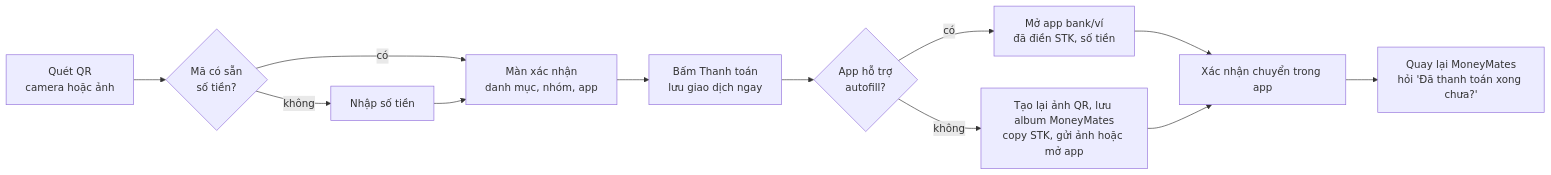
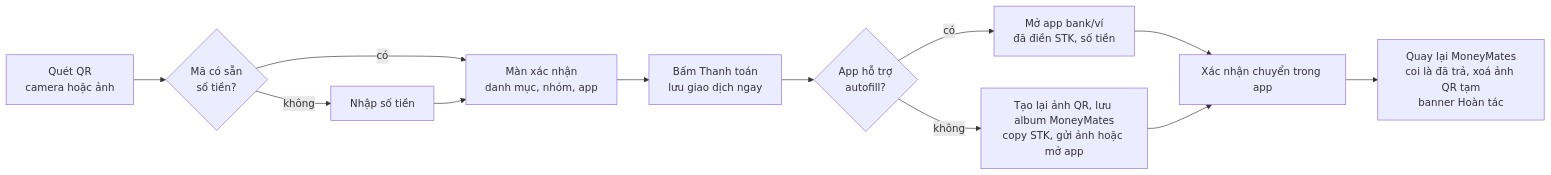
The diagram in docs/plan-chuc-nang-giao-dien.md (minhhoang2608/moneymates), drawn with Mermaid before and after one commit. The commit also changed other lines of this file and 1 other file, not shown here.

````diff
--- a/docs/plan-chuc-nang-giao-dien.md
+++ b/docs/plan-chuc-nang-giao-dien.md
@@ -51,13 +52,13 @@
 ```mermaid
 flowchart LR
     A[Quét QR<br/>camera hoặc ảnh] --> B{Mã có sẵn<br/>số tiền?}
     B -- có --> C[Màn xác nhận<br/>danh mục, nhóm, app]
     B -- không --> D[Nhập số tiền] --> C
     C --> E[Bấm Thanh toán<br/>lưu giao dịch ngay]
     E --> F{App hỗ trợ<br/>autofill?}
     F -- có --> G[Mở app bank/ví<br/>đã điền STK, số tiền]
     F -- không --> H[Tạo lại ảnh QR, lưu album MoneyMates<br/>copy STK, gửi ảnh hoặc mở app]
     G --> I[Xác nhận chuyển trong app]
     H --> I
-    I --> J[Quay lại MoneyMates<br/>hỏi 'Đã thanh toán xong chưa?']
+    I --> J[Quay lại MoneyMates<br/>coi là đã trả, xoá ảnh QR tạm<br/>banner Hoàn tác]
 ```
````
